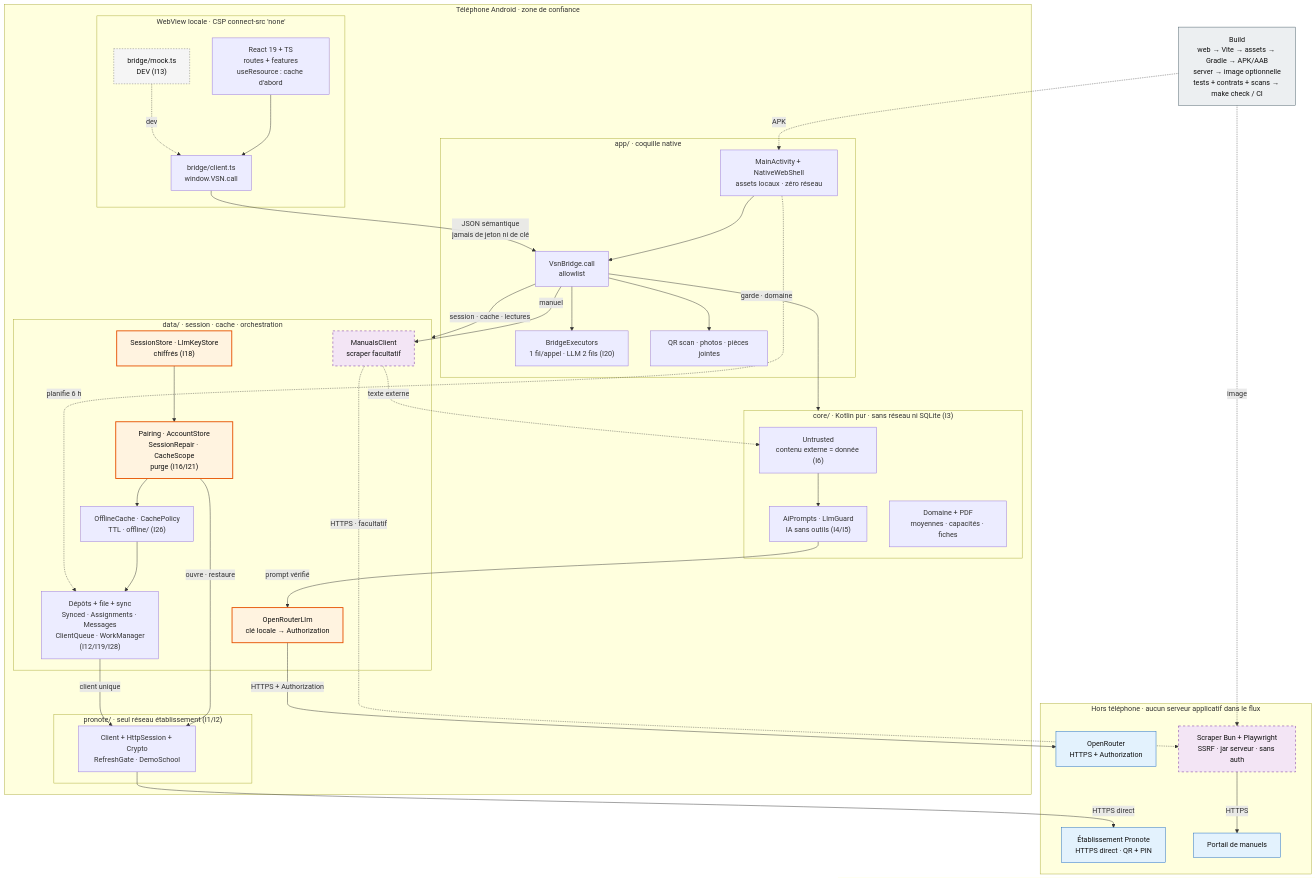
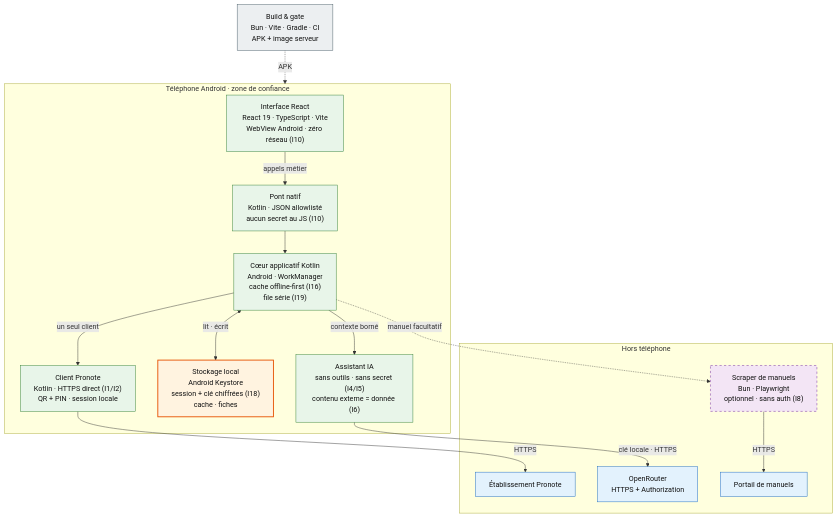
Before and after one commit to iguanacucumber/veryslopnynotes: the diagram in README.md, drawn with Mermaid. The commit also changed other lines of this file, not shown here.

Commit message:
docs: diagramme d'architecture conceptuel

````diff
--- a/README.md
+++ b/README.md
@@ -99,89 +99,46 @@
 ```mermaid
 flowchart TB
-  %% Pronote est joignable uniquement depuis android/pronote/.
-  %% Le scraper est facultatif : ni session Pronote, ni clé LLM.
+  %% Vue conceptuelle : session et clé LLM restent sur le téléphone.
+  %% Aucun serveur applicatif ne relaie Pronote ni l'assistant.
 
+  classDef phone fill:#e8f5e9,stroke:#2e7d32,color:#111;
   classDef secret fill:#fff3e0,stroke:#e65100,color:#111,stroke-width:2px;
   classDef external fill:#e3f2fd,stroke:#1565c0,color:#111;
   classDef optional fill:#f3e5f5,stroke:#6a1b9a,color:#111,stroke-dasharray:5 5;
-  classDef dev fill:#f5f5f5,stroke:#757575,color:#111,stroke-dasharray:3 3;
   classDef build fill:#eceff1,stroke:#455a64,color:#111;
 
-  LIVRAISON["Build<br/>web → Vite → assets → Gradle → APK/AAB<br/>server → image optionnelle<br/>tests + contrats + scans → make check / CI"]
-  class LIVRAISON build;
+  subgraph PHONE["Téléphone Android · zone de confiance"]
+    UI["Interface React<br/>React 19 · TypeScript · Vite<br/>WebView Android · zéro réseau (I10)"]
+    BRIDGE["Pont natif<br/>Kotlin · JSON allowlisté<br/>aucun secret au JS (I10)"]
+    APP["Cœur applicatif Kotlin<br/>Android · WorkManager<br/>cache offline-first (I16)<br/>file série (I19)"]
+    IA["Assistant IA<br/>sans outils · sans secret (I4/I5)<br/>contenu externe = donnée (I6)"]
+    STORE["Stockage local<br/>Android Keystore<br/>session + clé chiffrées (I18)<br/>cache · fiches"]
+    PORT["Client Pronote<br/>Kotlin · HTTPS direct (I1/I2)<br/>QR + PIN · session locale"]
 
-  subgraph TELEPHONE["Téléphone Android · zone de confiance"]
-    subgraph WEBVIEW["WebView locale · CSP connect-src 'none'"]
-      UI["React 19 + TS<br/>routes + features<br/>useResource : cache d'abord"]
-      BCLIENT["bridge/client.ts<br/>window.VSN.call"]
-      MOCK["bridge/mock.ts<br/>DEV (I13)"]
-
-      UI --> BCLIENT
-      MOCK -.->|"dev"| BCLIENT
-    end
-
-    subgraph NATIF["app/ · coquille native"]
-      SHELL["MainActivity + NativeWebShell<br/>assets locaux · zéro réseau"]
-      BRIDGE["VsnBridge.call<br/>allowlist"]
-      EXEC["BridgeExecutors<br/>1 fil/appel · LLM 2 fils (I20)"]
-      CAPTURE["QR scan · photos · pièces jointes"]
-
-      SHELL --> BRIDGE --> EXEC
-      BRIDGE --> CAPTURE
-    end
-
-    subgraph COEUR["core/ · Kotlin pur · sans réseau ni SQLite (I3)"]
-      UNTRUSTED["Untrusted<br/>contenu externe = donnée (I6)"]
-      AI["AiPrompts · LlmGuard<br/>IA sans outils (I4/I5)"]
-      DOMAIN["Domaine + PDF<br/>moyennes · capacités · fiches"]
-
-      UNTRUSTED --> AI
-    end
-
-    subgraph DONNEES["data/ · session · cache · orchestration"]
-      SECRETS["SessionStore · LlmKeyStore<br/>chiffrés (I18)"]
-      ACCOUNT["Pairing · AccountStore<br/>SessionRepair · CacheScope<br/>purge (I16/I21)"]
-      CACHE["OfflineCache · CachePolicy<br/>TTL · offline/ (I26)"]
-      FLOW["Dépôts + file + sync<br/>Synced · Assignments · Messages<br/>ClientQueue · WorkManager<br/>(I12/I19/I28)"]
-      LLM["OpenRouterLlm<br/>clé locale → Authorization"]
-      MANUALS["ManualsClient<br/>scraper facultatif"]
-
-      SECRETS --> ACCOUNT
-      ACCOUNT --> CACHE
-      CACHE --> FLOW
-    end
-
-    subgraph PORT["pronote/ · seul réseau établissement (I1/I2)"]
-      CLIENT["Client + HttpSession + Crypto<br/>RefreshGate · DemoSchool"]
-    end
-
-    BCLIENT -->|"JSON sémantique<br/>jamais de jeton ni de clé"| BRIDGE
-    BRIDGE -->|"garde · domaine"| COEUR
-    BRIDGE -->|"session · cache · lectures"| DONNEES
-    BRIDGE -->|"manuel"| MANUALS
-    SHELL -.->|"planifie 6 h"| FLOW
-    AI -->|"prompt vérifié"| LLM
-    MANUALS -.->|"texte externe"| UNTRUSTED
-    ACCOUNT -->|"ouvre · restaure"| CLIENT
-    FLOW -->|"client unique"| CLIENT
+    UI -->|"appels métier"| BRIDGE --> APP
+    APP <-->|"lit · écrit"| STORE
+    APP -->|"contexte borné"| IA
+    APP -->|"un seul client"| PORT
   end
 
-  subgraph EXTERNE["Hors téléphone · aucun serveur applicatif dans le flux"]
-    SCHOOL["Établissement Pronote<br/>HTTPS direct · QR + PIN"]
-    OPENROUTER["OpenRouter<br/>HTTPS + Authorization"]
-    SCRAPER["Scraper Bun + Playwright<br/>SSRF · jar serveur · sans auth"]
-    MANUALS_PORTAL["Portail de manuels"]
+  subgraph EXTERNAL["Hors téléphone"]
+    SCHOOL["Établissement Pronote"]
+    LLM["OpenRouter<br/>HTTPS + Authorization"]
+    SCRAPER["Scraper de manuels<br/>Bun · Playwright<br/>optionnel · sans auth (I8)"]
+    MANUALS["Portail de manuels"]
   end
 
-  LIVRAISON -.->|"APK"| SHELL
-  LIVRAISON -.->|"image"| SCRAPER
-  CLIENT -->|"HTTPS direct"| SCHOOL
-  LLM -->|"HTTPS + Authorization"| OPENROUTER
-  MANUALS -.->|"HTTPS · facultatif"| SCRAPER
-  SCRAPER -->|"HTTPS"| MANUALS_PORTAL
+  BUILD["Build & gate<br/>Bun · Vite · Gradle · CI<br/>APK + image serveur"]
+  class BUILD build;
 
-  class SECRETS,ACCOUNT,LLM secret;
-  class SCHOOL,OPENROUTER,MANUALS_PORTAL external;
-  class SCRAPER,MANUALS optional;
-  class MOCK dev;
+  IA -->|"clé locale · HTTPS"| LLM
+  PORT -->|"HTTPS"| SCHOOL
+  APP -.->|"manuel facultatif"| SCRAPER
+  SCRAPER -->|"HTTPS"| MANUALS
+  BUILD -.->|"APK"| PHONE
+
+  class UI,BRIDGE,APP,IA,PORT phone;
+  class STORE secret;
+  class SCHOOL,LLM,MANUALS external;
+  class SCRAPER optional;
 ```
````
